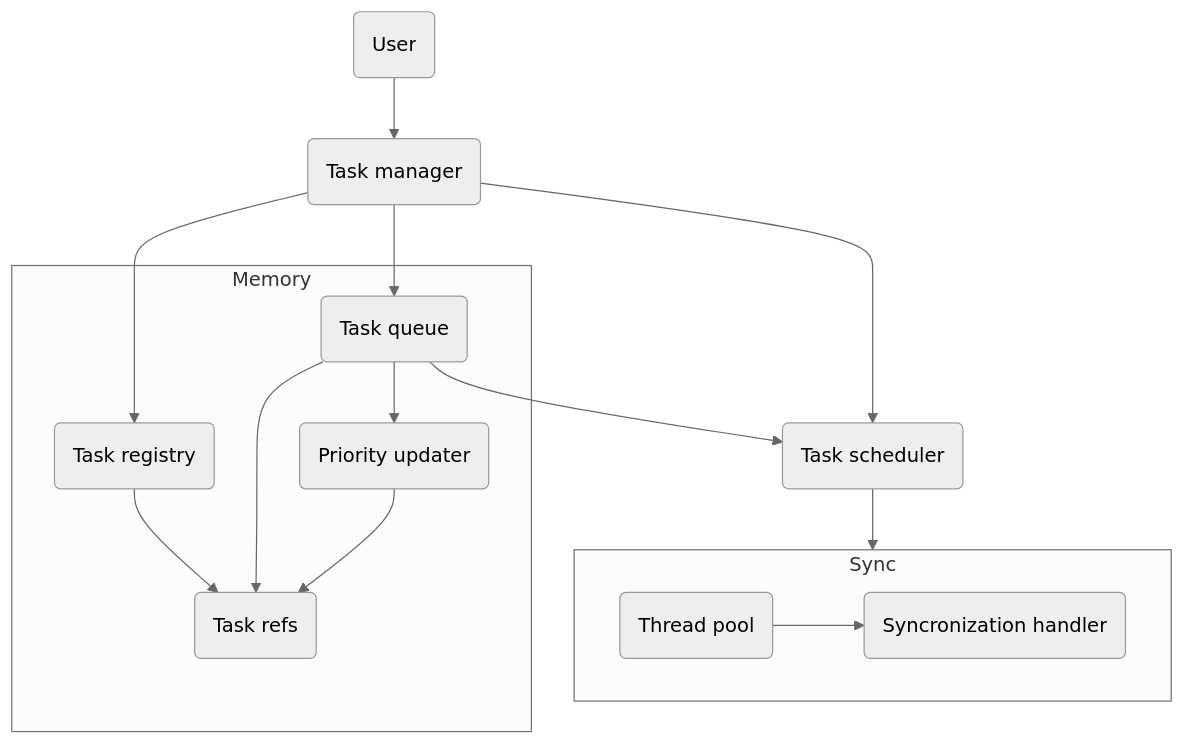
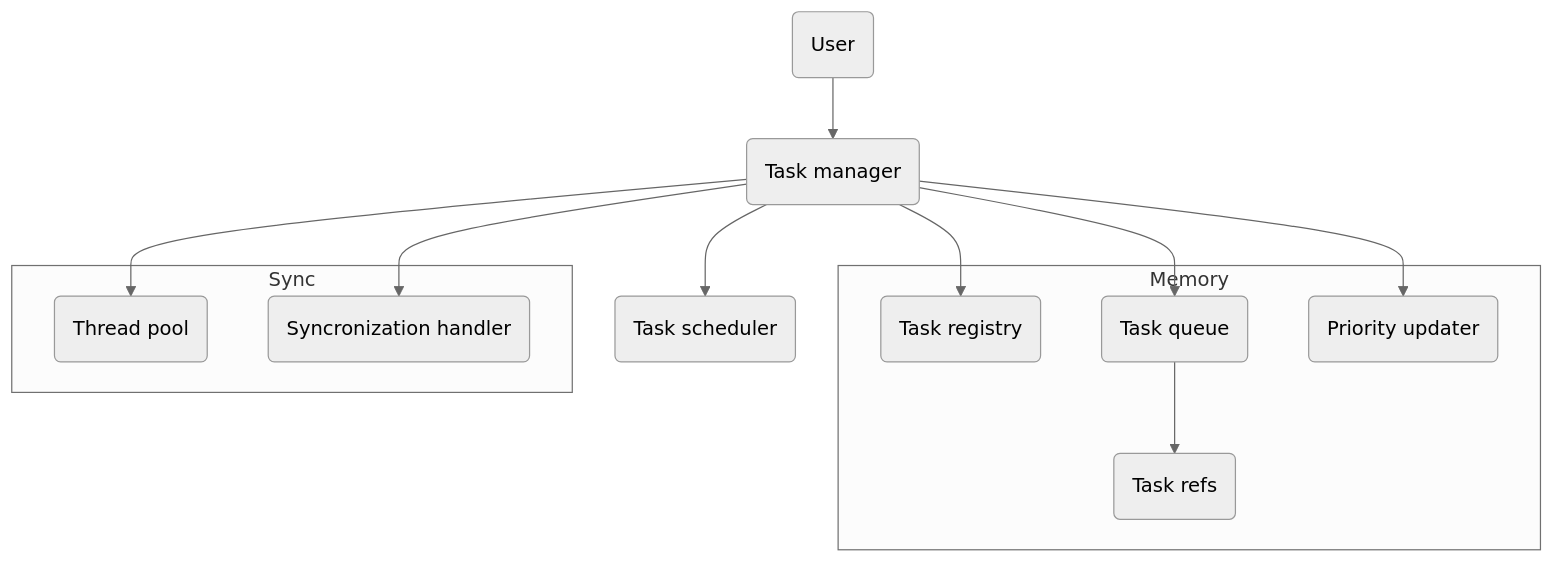
The first of 5 diagrams in Project-Technical-Overview.md (Aalexdev/Tasks), drawn with Mermaid (neutral theme) before and after one commit. The commit also changed other lines of this file, not shown here.

````diff
--- a/Project-Technical-Overview.md
+++ b/Project-Technical-Overview.md
@@ -15,38 +14,31 @@
 ```mermaid
 flowchart TD
 	user(User)
 	api(Task manager)
     schedule(Task scheduler)
-	
+
 	subgraph Memory
 		registry(Task registry)
 		queue(Task queue)
 		refs(Task refs)
 		priority(Priority updater)
 	end
-	
+
 	subgraph Sync
         pool(Thread pool)
         sync(Syncronization handler)
 	end
-	
+
 	user --> api
-	
+
 	api --> registry
 	api --> queue
 	api --> schedule
-	
-	schedule --> Sync
-	
+	api --> priority
+	api --> pool
+	api --> sync
+
 	queue --> refs
-	queue --> priority
-	queue --> schedule
-	
-	
-	pool --> sync
-	registry --> refs
-	priority --> refs
-	
-	
-	
+
+
 ```
````
